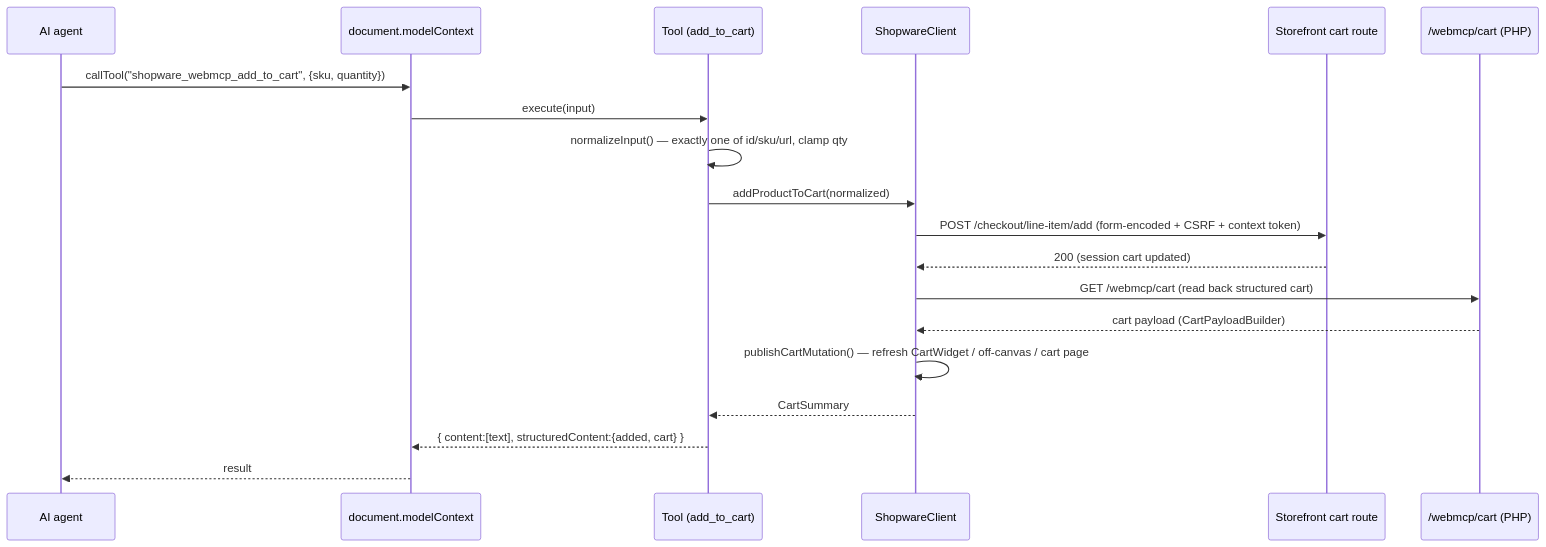
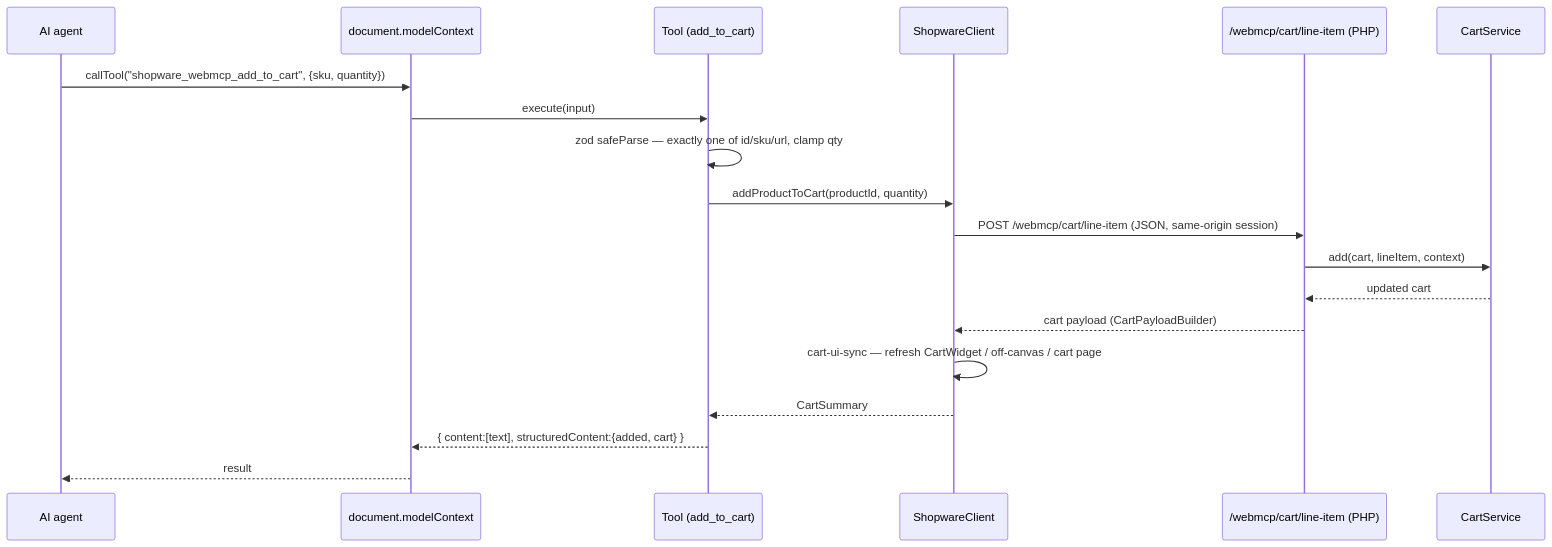
One commit to agentic-commerce-lab/webmcp-plugin changed the third of 5 diagrams in docs/adr/2026-07-17-architecture-overview.md. Above: the diagram before and after it, drawn with Mermaid. The commit also changed other lines of this file and 2 other files, not shown here.

First line of the commit message:
Sync docs to current architecture and dev-shop test workflow

````diff
--- a/docs/adr/2026-07-17-architecture-overview.md
+++ b/docs/adr/2026-07-17-architecture-overview.md
@@ -148,22 +173,22 @@
 ```mermaid
 sequenceDiagram
     participant A as AI agent
     participant MC as document.modelContext
     participant T as Tool (add_to_cart)
     participant C as ShopwareClient
-    participant SF as Storefront cart route
-    participant P as /webmcp/cart (PHP)
+    participant P as /webmcp/cart/line-item (PHP)
+    participant CS as CartService
 
     A->>MC: callTool("shopware_webmcp_add_to_cart", {sku, quantity})
     MC->>T: execute(input)
-    T->>T: normalizeInput() — exactly one of id/sku/url, clamp qty
-    T->>C: addProductToCart(normalized)
-    C->>SF: POST /checkout/line-item/add (form-encoded + CSRF + context token)
-    SF-->>C: 200 (session cart updated)
-    C->>P: GET /webmcp/cart (read back structured cart)
+    T->>T: zod safeParse — exactly one of id/sku/url, clamp qty
+    T->>C: addProductToCart(productId, quantity)
+    C->>P: POST /webmcp/cart/line-item (JSON, same-origin session)
+    P->>CS: add(cart, lineItem, context)
+    CS-->>P: updated cart
     P-->>C: cart payload (CartPayloadBuilder)
-    C->>C: publishCartMutation() — refresh CartWidget / off-canvas / cart page
+    C->>C: cart-ui-sync — refresh CartWidget / off-canvas / cart page
     C-->>T: CartSummary
     T-->>MC: { content:[text], structuredContent:{added, cart} }
     MC-->>A: result
 ```
````
